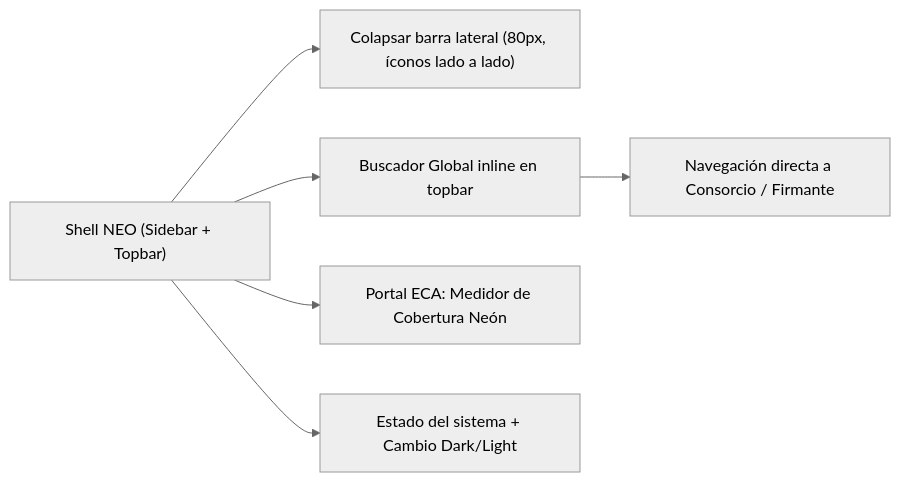
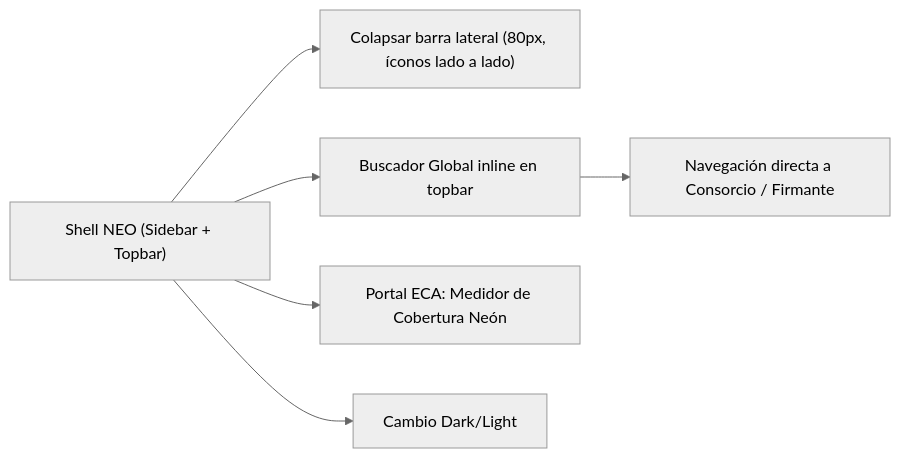
Before and after one commit to fiemcasals/pm_asc: the diagram in docs/pruebas/hu-12-hu-12-interfaz-neo-linear-side/RF-01-interfaz-neo-buscador.md, drawn with Mermaid (neutral theme). The commit also changed other lines of this file and 21 other files, not shown here.

Commit message:
feat(web): retirar la telemetria de Estado del sistema; la pestana pasa a Mapa sin conexion y el indicador del pie deja de ser un boton (REQ-1795610054276)

````diff
--- a/docs/pruebas/hu-12-hu-12-interfaz-neo-linear-side/RF-01-interfaz-neo-buscador.md
+++ b/docs/pruebas/hu-12-hu-12-interfaz-neo-linear-side/RF-01-interfaz-neo-buscador.md
@@ -11,8 +11,8 @@
 ```mermaid
 flowchart LR
   A["Shell NEO (Sidebar + Topbar)"] --> B["Colapsar barra lateral (80px, íconos lado a lado)"]
   A --> C["Buscador Global inline en topbar"]
   C --> D["Navegación directa a Consorcio / Firmante"]
   A --> E["Portal ECA: Medidor de Cobertura Neón"]
-  A --> F["Estado del sistema + Cambio Dark/Light"]
+  A --> F["Cambio Dark/Light"]
 ```
````
